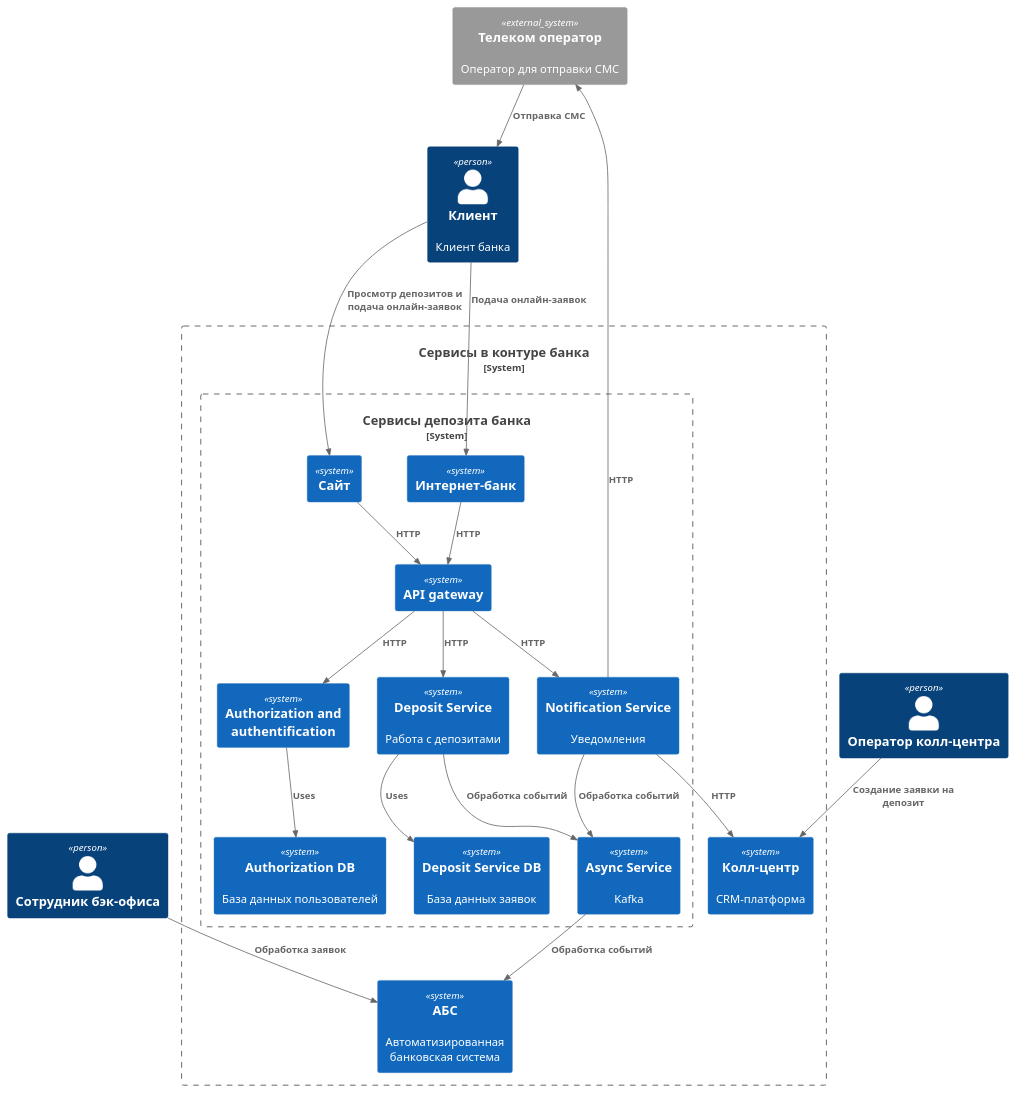
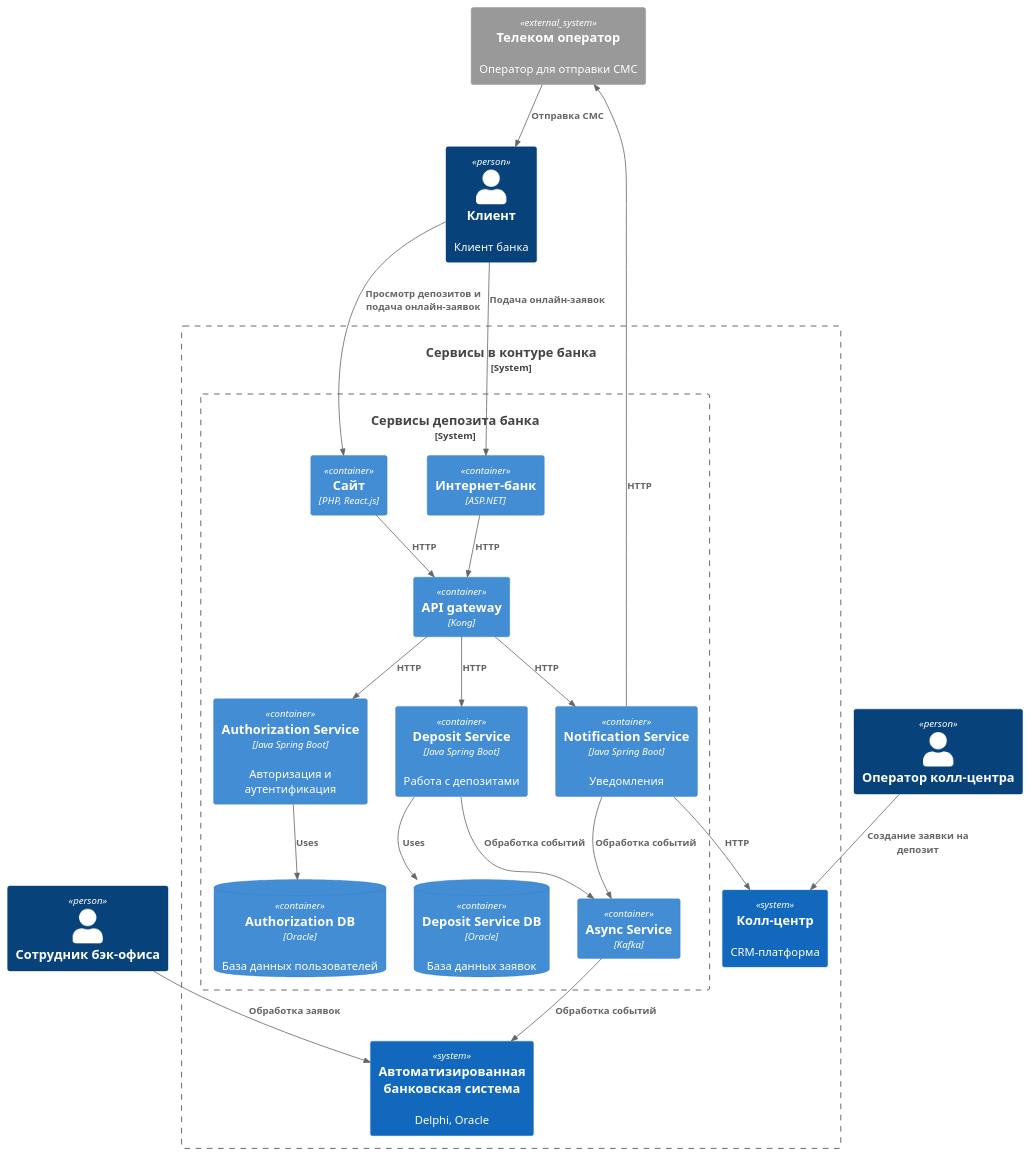
Before and after one commit to alexmented/architecture-pro-standart: the diagram in Task3/C2.puml, drawn with PlantUML. The commit also changed 4 other files, not shown here.

```diff
--- a/Task3/C2.puml
+++ b/Task3/C2.puml
@@ -1,46 +1,46 @@
 @startuml
 !includeurl https://raw.githubusercontent.com/RicardoNiepel/C4-PlantUML/master/C4_Component.puml
 
 Person(customer, "Клиент", "Клиент банка")
 Person(back_office_person, "Сотрудник бэк-офиса")
 Person(call_center_agents, "Оператор колл-центра")
 
 System_Boundary(serviceBoundary, "Сервисы в контуре банка") {
   System_Boundary(serviceBoundaryInner, "Сервисы депозита банка") {
-    System(gateway, "API gateway")
-    System(authorization_service, "Authorization and authentification")
-    System(deposit_service_db, "Deposit Service DB", "База данных заявок")
-    System(authorization_service_db, "Authorization DB", "База данных пользователей")
-    System(async_service, "Async Service", "Kafka")
-    System(notification_service, "Notification Service", "Уведомления")
-    System(deposit_service, "Deposit Service", "Работа с депозитами")
-    System(site, "Сайт")
-    System(internet_banking, "Интернет-банк")
+    Container(gateway, "API gateway", "Kong")
+    Container(authorization_service, "Authorization Service", "Java Spring Boot", "Авторизация и аутентификация")
+    ContainerDb(deposit_service_db, "Deposit Service DB", "Oracle", "База данных заявок")
+    ContainerDb(authorization_service_db, "Authorization DB", "Oracle", "База данных пользователей")
+    Container(async_service, "Async Service", "Kafka")
+    Container(notification_service, "Notification Service", "Java Spring Boot", "Уведомления")
+    Container(deposit_service, "Deposit Service", "Java Spring Boot", "Работа с депозитами")
+    Container(site, "Сайт", "PHP, React.js")
+    Container(internet_banking, "Интернет-банк", "ASP.NET")
   }
-  System(abs, "АБС", "Автоматизированная банковская система")
+  System(abs, "Автоматизированная банковская система", "Delphi, Oracle")
   System(call_center, "Колл-центр", "CRM-платформа")
 }
 
 
 System_Ext(sms_operator, "Телеком оператор", "Оператор для отправки СМС")
 
 Rel(customer, site, "Просмотр депозитов и подача онлайн-заявок")
 Rel(customer, internet_banking, "Подача онлайн-заявок")
 Rel(call_center_agents, call_center, "Создание заявки на депозит")
 Rel(back_office_person, abs, "Обработка заявок")
 Rel(site, gateway, "HTTP")
 Rel(internet_banking, gateway, "HTTP")
 Rel(gateway, authorization_service, "HTTP")
 Rel(gateway, notification_service, "HTTP")
 Rel(notification_service, call_center, "HTTP")
 Rel(notification_service, sms_operator, "HTTP")
 Rel(gateway, deposit_service, "HTTP")
 Rel(async_service, abs, "Обработка событий")
 Rel(sms_operator, customer, "Отправка СМС")
 Rel(deposit_service, async_service, "Обработка событий")
 Rel(notification_service, async_service, "Обработка событий")
 Rel(deposit_service, deposit_service_db, "Uses")
 Rel(authorization_service, authorization_service_db, "Uses")
 
 
 @enduml
```
